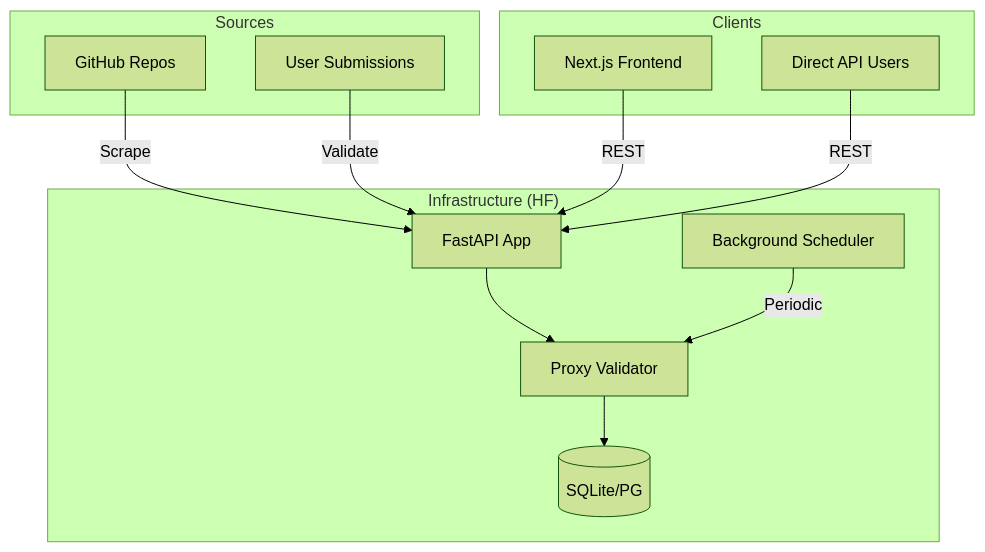
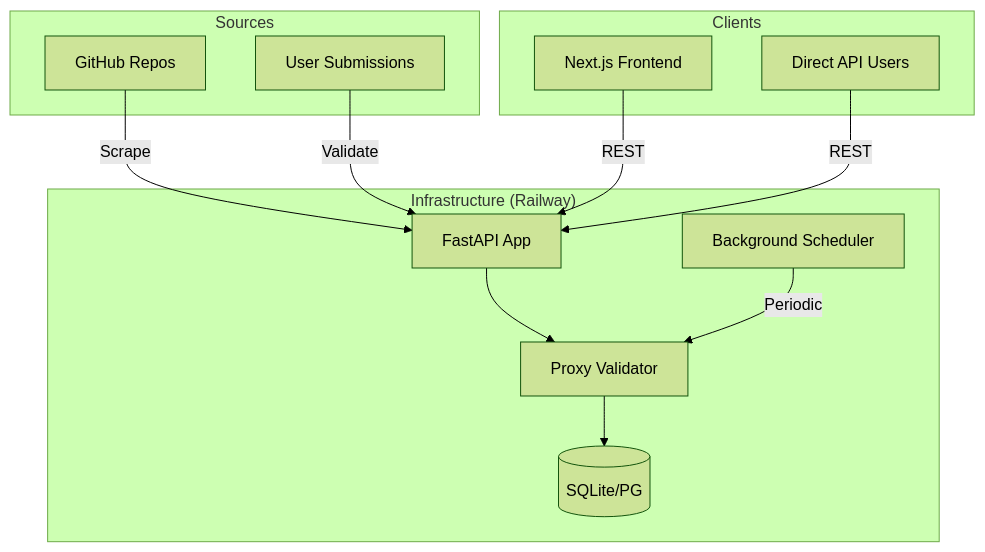
The diagram in docs/LLM_CONTEXT.md (oyi77/1proxy), drawn with Mermaid (forest theme) before and after one commit. The commit also changed other lines of this file and 5 other files, not shown here.

````diff
--- a/docs/LLM_CONTEXT.md
+++ b/docs/LLM_CONTEXT.md
@@ -13,27 +13,27 @@
 ```mermaid
 graph TD
     subgraph "Clients"
         WEB[Next.js Frontend]
         API_USER[Direct API Users]
     end
 
-    subgraph "Infrastructure (HF)"
+    subgraph "Infrastructure (Railway)"
         F[FastAPI App]
         S[Background Scheduler]
         V[Proxy Validator]
         DB[(SQLite/PG)]
     end
 
     subgraph "Sources"
         GH[GitHub Repos]
         SUB[User Submissions]
     end
 
     GH -->|Scrape| F
     SUB -->|Validate| F
     F --> V
     V --> DB
     S -->|Periodic| V
     WEB -->|REST| F
     API_USER -->|REST| F
 ```
````
